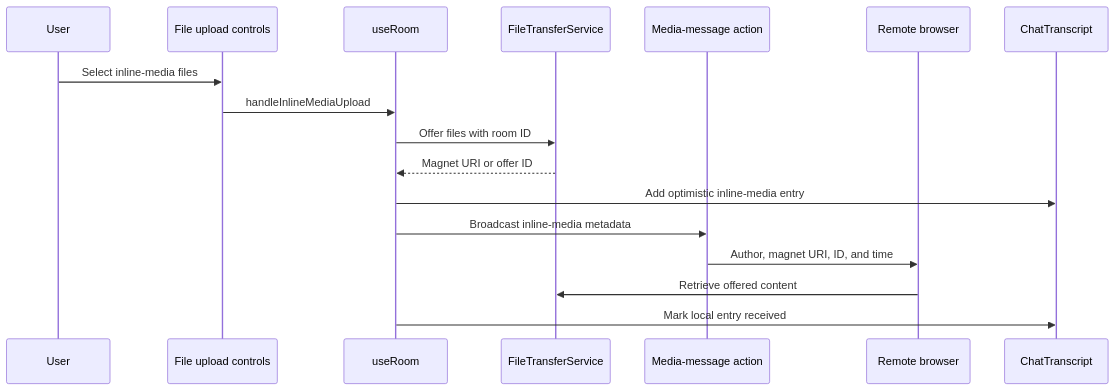
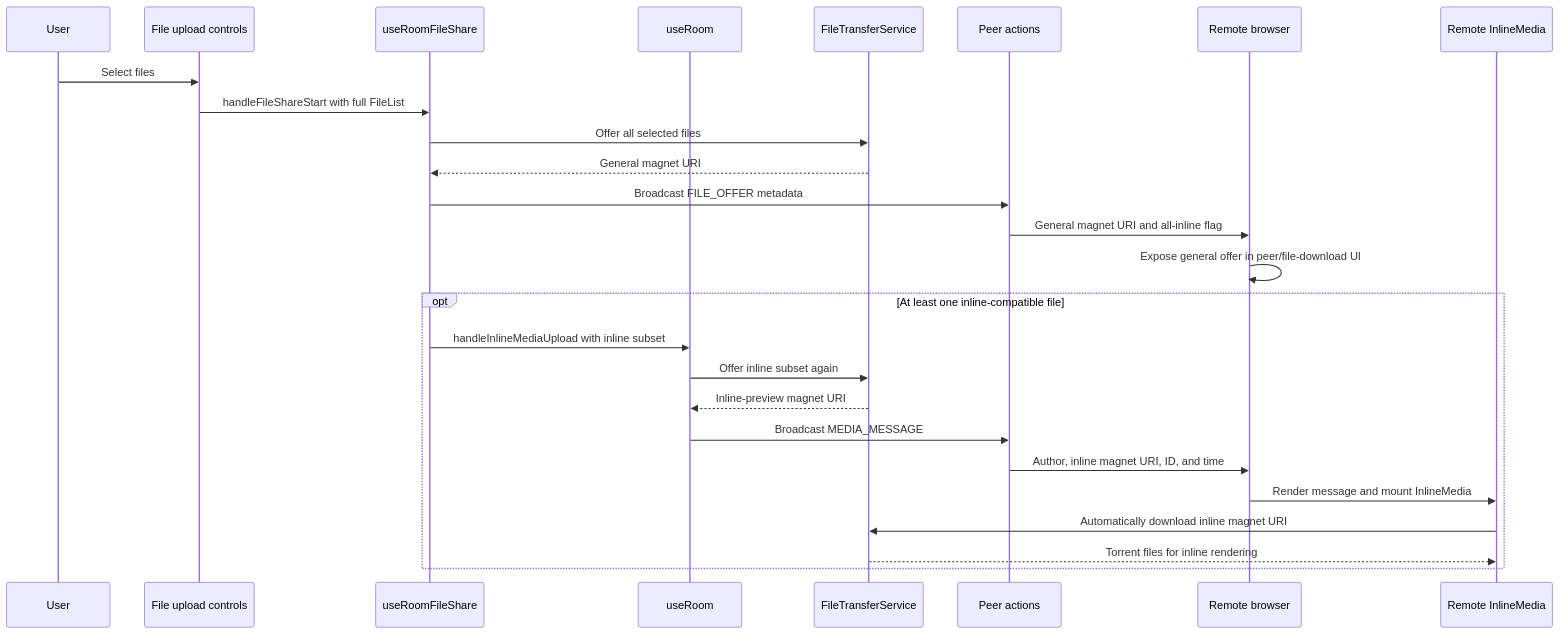
The seventh of 9 diagrams in docs/architecture/codebase-runtime.md (drunkod/chitchatter), drawn with Mermaid before and after one commit. The commit also changed other lines of this file and 1 other file, not shown here.

Commit message:
Clarify room fragment and SDK flows

````diff
--- a/docs/architecture/codebase-runtime.md
+++ b/docs/architecture/codebase-runtime.md
@@ -189,20 +190,30 @@
 ```mermaid
 sequenceDiagram
     participant User
     participant Controls as File upload controls
-    participant Hook as useRoom
+    participant Share as useRoomFileShare
+    participant Room as useRoom
     participant Transfer as FileTransferService
-    participant Message as Media-message action
-    participant Peer as Remote browser
-    participant Transcript as ChatTranscript
+    participant Actions as Peer actions
+    participant Remote as Remote browser
+    participant Preview as Remote InlineMedia
 
-    User->>Controls: Select inline-media files
-    Controls->>Hook: handleInlineMediaUpload
-    Hook->>Transfer: Offer files with room ID
-    Transfer-->>Hook: Magnet URI or offer ID
-    Hook->>Transcript: Add optimistic inline-media entry
-    Hook->>Message: Broadcast inline-media metadata
-    Message->>Peer: Author, magnet URI, ID, and time
-    Peer->>Transfer: Retrieve offered content
-    Hook->>Transcript: Mark local entry received
+    User->>Controls: Select files
+    Controls->>Share: handleFileShareStart with full FileList
+    Share->>Transfer: Offer all selected files
+    Transfer-->>Share: General magnet URI
+    Share->>Actions: Broadcast FILE_OFFER metadata
+    Actions->>Remote: General magnet URI and all-inline flag
+    Remote->>Remote: Expose general offer in peer/file-download UI
+
+    opt At least one inline-compatible file
+        Share->>Room: handleInlineMediaUpload with inline subset
+        Room->>Transfer: Offer inline subset again
+        Transfer-->>Room: Inline-preview magnet URI
+        Room->>Actions: Broadcast MEDIA_MESSAGE
+        Actions->>Remote: Author, inline magnet URI, ID, and time
+        Remote->>Preview: Render message and mount InlineMedia
+        Preview->>Transfer: Automatically download inline magnet URI
+        Transfer-->>Preview: Torrent files for inline rendering
+    end
 ```
````
